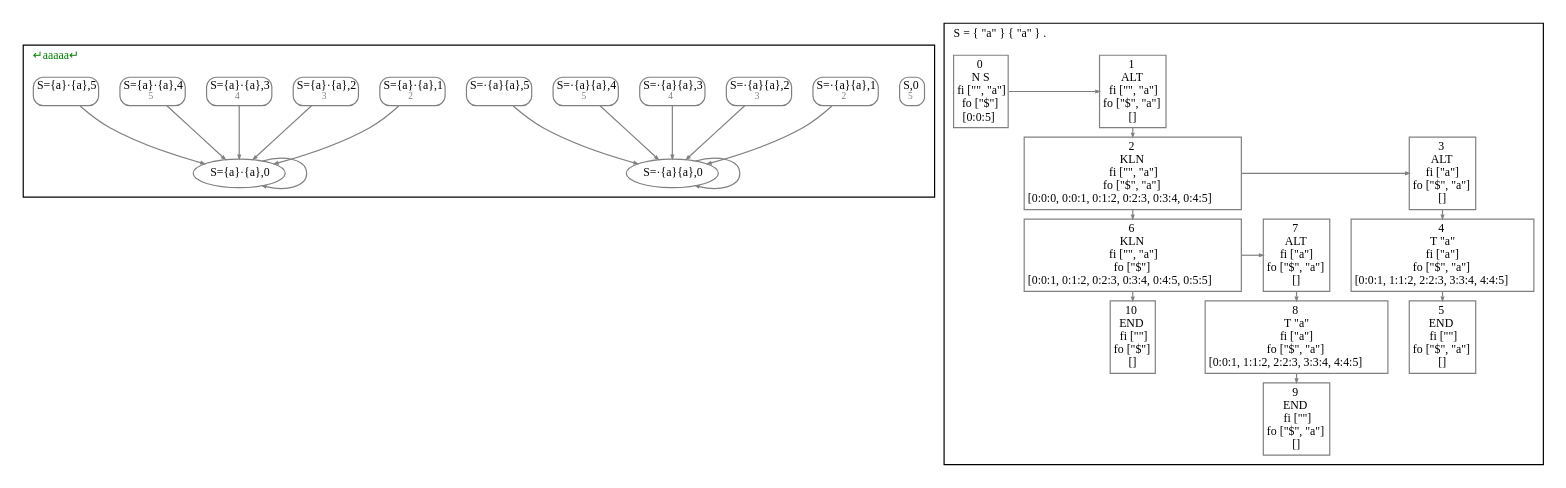
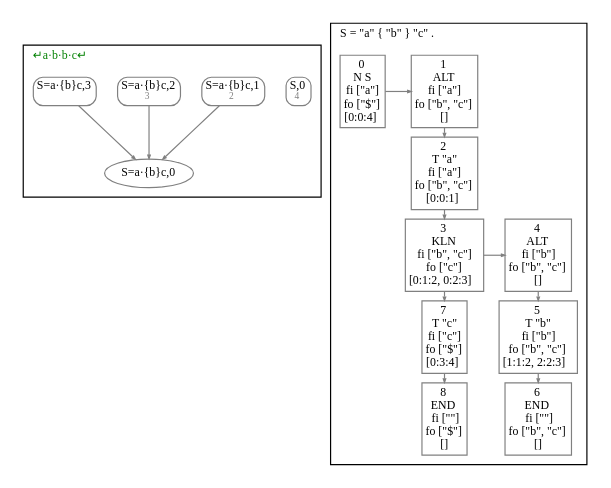
One commit to JanWillemBrands/AoC2021 changed the diagram in ART.gv. Above: the diagram before and after it, drawn with Graphviz. The commit also changed 14 other files, not shown here.

```diff
--- a/ART.gv
+++ b/ART.gv
@@ -1,84 +1,58 @@
 digraph G {
   fontname = Menlo
   fontsize = 10
   node [fontname = Menlo, fontsize = 10, color = gray, height = 0, width = 0, margin= 0.04]
   edge [fontname = Menlo, fontsize = 10, color = gray, arrowsize = 0.3]
   graph [ranksep = 0.1]
   rankdir = "TB"
   subgraph GSS {
     cluster = true
-    label = <↵aaaaa↵> fontcolor = green
+    label = <↵a·b·b·c↵> fontcolor = green
     labeljust = l
     node [shape = box, style = rounded, height = 0]
-    0.0 [label = <S,0<br/><font color="gray" point-size="8.0"> 5</font>>]
-    2.0 [label = <S=·{a}{a},0<br/><font color="gray" point-size="8.0"> 1</font>>]
-    2.0 -> 2.0
-    2.1 [label = <S=·{a}{a},1<br/><font color="gray" point-size="8.0"> 2</font>>]
-    2.1 -> 2.0
-    2.2 [label = <S=·{a}{a},2<br/><font color="gray" point-size="8.0"> 3</font>>]
-    2.2 -> 2.0
-    2.3 [label = <S=·{a}{a},3<br/><font color="gray" point-size="8.0"> 4</font>>]
-    2.3 -> 2.0
-    2.4 [label = <S=·{a}{a},4<br/><font color="gray" point-size="8.0"> 5</font>>]
-    2.4 -> 2.0
-    2.5 [label = <S=·{a}{a},5<br/><font color="gray" point-size="8.0"> </font>>]
-    2.5 -> 2.0
-    6.0 [label = <S={a}·{a},0<br/><font color="gray" point-size="8.0"> 1</font>>]
-    6.0 -> 6.0
-    6.1 [label = <S={a}·{a},1<br/><font color="gray" point-size="8.0"> 2</font>>]
-    6.1 -> 6.0
-    6.2 [label = <S={a}·{a},2<br/><font color="gray" point-size="8.0"> 3</font>>]
-    6.2 -> 6.0
-    6.3 [label = <S={a}·{a},3<br/><font color="gray" point-size="8.0"> 4</font>>]
-    6.3 -> 6.0
-    6.4 [label = <S={a}·{a},4<br/><font color="gray" point-size="8.0"> 5</font>>]
-    6.4 -> 6.0
-    6.5 [label = <S={a}·{a},5<br/><font color="gray" point-size="8.0"> </font>>]
-    6.5 -> 6.0
-    2.0 [label = <S=·{a}{a},0> shape = ellipse]
-    6.0 [label = <S={a}·{a},0> shape = ellipse]
+    0.0 [label = <S,0<br/><font color="gray" point-size="8.0"> 4</font>>]
+    3.1 [label = <S=a·{b}c,1<br/><font color="gray" point-size="8.0"> 2</font>>]
+    3.1 -> 3.0
+    3.2 [label = <S=a·{b}c,2<br/><font color="gray" point-size="8.0"> 3</font>>]
+    3.2 -> 3.0
+    3.3 [label = <S=a·{b}c,3<br/><font color="gray" point-size="8.0"> </font>>]
+    3.3 -> 3.0
+    3.0 [label = <S=a·{b}c,0> shape = ellipse]
   }
   subgraph clusterS {
     node [shape = box]
-    label = <S = { "a" } { "a" } .>
+    label = <S = "a" { "b" } "c" .>
     labeljust = l
-    SR0C0 [label = <0<br/>N S<br/>fi ["", "a"]<br/>fo ["$"]<br/>[0:0:5]>]
-    SR0C1 [label = <1<br/>ALT <br/>fi ["", "a"]<br/>fo ["$", "a"]<br/>[]>]
-    SR1C1 [label = <2<br/>KLN <br/>fi ["", "a"]<br/>fo ["$", "a"]<br/>[0:0:0, 0:0:1, 0:1:2, 0:2:3, 0:3:4, 0:4:5]>]
-    SR2C1 [label = <6<br/>KLN <br/>fi ["", "a"]<br/>fo ["$"]<br/>[0:0:1, 0:1:2, 0:2:3, 0:3:4, 0:4:5, 0:5:5]>]
-    SR3C1 [label = <10<br/>END <br/>fi [""]<br/>fo ["$"]<br/>[]>]
+    SR0C0 [label = <0<br/>N S<br/>fi ["a"]<br/>fo ["$"]<br/>[0:0:4]>]
+    SR0C1 [label = <1<br/>ALT <br/>fi ["a"]<br/>fo ["b", "c"]<br/>[]>]
+    SR1C1 [label = <2<br/>T "a"<br/>fi ["a"]<br/>fo ["b", "c"]<br/>[0:0:1]>]
+    SR2C1 [label = <3<br/>KLN <br/>fi ["b", "c"]<br/>fo ["c"]<br/>[0:1:2, 0:2:3]>]
+    SR3C1 [label = <7<br/>T "c"<br/>fi ["c"]<br/>fo ["$"]<br/>[0:3:4]>]
+    SR4C1 [label = <8<br/>END <br/>fi [""]<br/>fo ["$"]<br/>[]>]
+    SR3C1 -> SR4C1 [weight=100000000]
     SR2C1 -> SR3C1 [weight=100000000]
-    SR2C2 [label = <7<br/>ALT <br/>fi ["a"]<br/>fo ["$", "a"]<br/>[]>]
-    SR3C2 [label = <8<br/>T "a"<br/>fi ["a"]<br/>fo ["$", "a"]<br/>[0:0:1, 1:1:2, 2:2:3, 3:3:4, 4:4:5]>]
-    SR4C2 [label = <9<br/>END <br/>fi [""]<br/>fo ["$", "a"]<br/>[]>]
+    SR2C2 [label = <4<br/>ALT <br/>fi ["b"]<br/>fo ["b", "c"]<br/>[]>]
+    SR3C2 [label = <5<br/>T "b"<br/>fi ["b"]<br/>fo ["b", "c"]<br/>[1:1:2, 2:2:3]>]
+    SR4C2 [label = <6<br/>END <br/>fi [""]<br/>fo ["b", "c"]<br/>[]>]
     SR3C2 -> SR4C2 [weight=100000000]
     SR2C2 -> SR3C2 [weight=100000000]
     rank = same {SR2C1 -> SR2C2}
     SR1C1 -> SR2C1 [weight=100000000]
-    SR1C3 [label = <3<br/>ALT <br/>fi ["a"]<br/>fo ["$", "a"]<br/>[]>]
-    SR2C3 [label = <4<br/>T "a"<br/>fi ["a"]<br/>fo ["$", "a"]<br/>[0:0:1, 1:1:2, 2:2:3, 3:3:4, 4:4:5]>]
-    SR3C3 [label = <5<br/>END <br/>fi [""]<br/>fo ["$", "a"]<br/>[]>]
-    SR2C3 -> SR3C3 [weight=100000000]
-    SR1C3 -> SR2C3 [weight=100000000]
-    rank = same {SR1C1 -> SR1C3}
     SR0C1 -> SR1C1 [weight=100000000]
     rank = same {SR0C0 -> SR0C1}
     node [style = invis]
     edge [style = invis]
     rank = same {SR0C1 -> SR0C2}
-    rank = same {SR0C2 -> SR0C3}
     SR0C0 -> SR1C0 [weight=100000000]
     rank = same {SR1C0 -> SR1C1}
-    SR0C3 -> SR1C3 [weight=100000000]
+    SR0C2 -> SR1C2 [weight=100000000]
+    rank = same {SR1C1 -> SR1C2}
     SR1C0 -> SR2C0 [weight=100000000]
     rank = same {SR2C0 -> SR2C1}
+    SR1C2 -> SR2C2 [weight=100000000]
     SR2C0 -> SR3C0 [weight=100000000]
     rank = same {SR3C0 -> SR3C1}
     SR3C0 -> SR4C0 [weight=100000000]
-    SR3C1 -> SR4C1 [weight=100000000]
     rank = same {SR4C0 -> SR4C1}
-    rank = same {SR4C1 -> SR4C2}
-    SR3C3 -> SR4C3 [weight=100000000]
-    rank = same {SR4C2 -> SR4C3}
   }
 }
```
